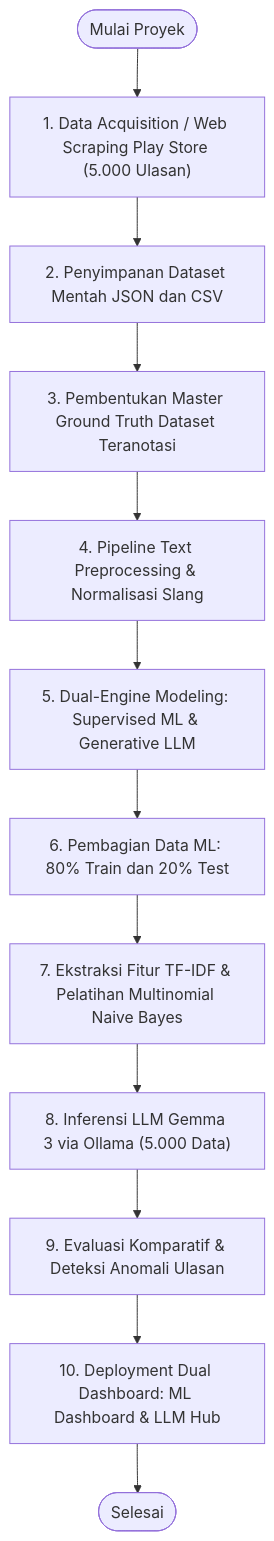
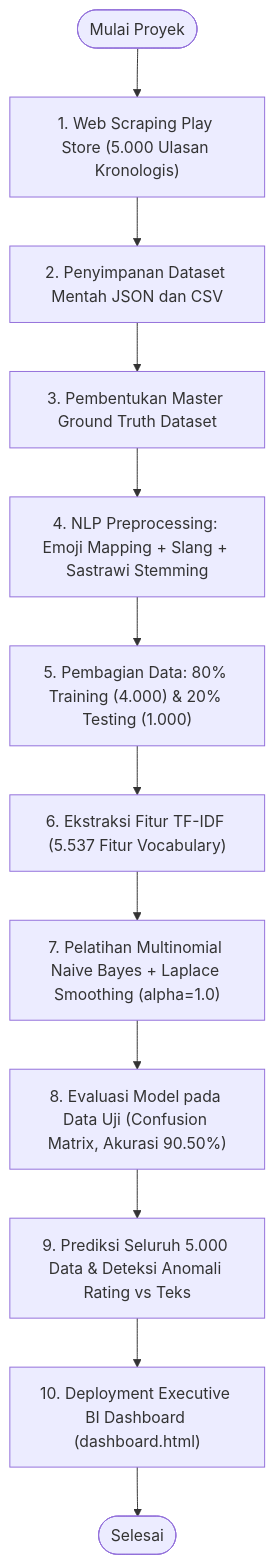
The first of 5 diagrams in docs/flowchart.md (presidendjakarta/Binus-s2-Business-Intelligence-and-Analytics-TK), drawn with Mermaid before and after one commit. The commit also changed other lines of this file and 28 other files, not shown here.

Commit message:
refactor: focus project purely on Multinomial Naive Bayes pipeline and clean up extraneous LLM components

````diff
--- a/docs/flowchart.md
+++ b/docs/flowchart.md
@@ -19,14 +19,14 @@
 ```mermaid
 flowchart TD
-    Start(["Mulai Proyek"]) --> Step1["1. Data Acquisition / Web Scraping Play Store (5.000 Ulasan)"]
+    Start(["Mulai Proyek"]) --> Step1["1. Web Scraping Play Store (5.000 Ulasan Kronologis)"]
     Step1 --> Step2["2. Penyimpanan Dataset Mentah JSON dan CSV"]
-    Step2 --> Step3["3. Pembentukan Master Ground Truth Dataset Teranotasi"]
-    Step3 --> Step4["4. Pipeline Text Preprocessing & Normalisasi Slang"]
-    Step4 --> Step5["5. Dual-Engine Modeling: Supervised ML & Generative LLM"]
-    Step5 --> Step6["6. Pembagian Data ML: 80% Train dan 20% Test"]
-    Step6 --> Step7["7. Ekstraksi Fitur TF-IDF & Pelatihan Multinomial Naive Bayes"]
-    Step7 --> Step8["8. Inferensi LLM Gemma 3 via Ollama (5.000 Data)"]
-    Step8 --> Step9["9. Evaluasi Komparatif & Deteksi Anomali Ulasan"]
-    Step9 --> Step10["10. Deployment Dual Dashboard: ML Dashboard & LLM Hub"]
+    Step2 --> Step3["3. Pembentukan Master Ground Truth Dataset"]
+    Step3 --> Step4["4. NLP Preprocessing: Emoji Mapping + Slang + Sastrawi Stemming"]
+    Step4 --> Step5["5. Pembagian Data: 80% Training (4.000) & 20% Testing (1.000)"]
+    Step5 --> Step6["6. Ekstraksi Fitur TF-IDF (5.537 Fitur Vocabulary)"]
+    Step6 --> Step7["7. Pelatihan Multinomial Naive Bayes + Laplace Smoothing (alpha=1.0)"]
+    Step7 --> Step8["8. Evaluasi Model pada Data Uji (Confusion Matrix, Akurasi 90.50%)"]
+    Step8 --> Step9["9. Prediksi Seluruh 5.000 Data & Deteksi Anomali Rating vs Teks"]
+    Step9 --> Step10["10. Deployment Executive BI Dashboard (dashboard.html)"]
     Step10 --> End(["Selesai"])
 ```
````
